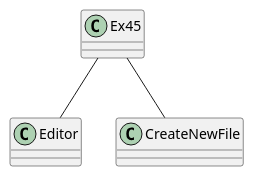
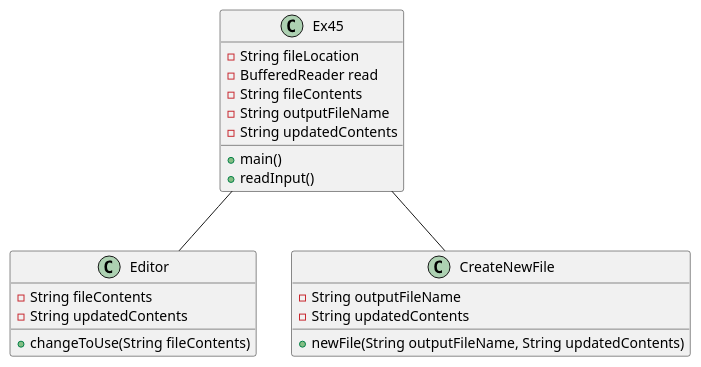
The diagram in src/main/java/oop/example/Ex45/Ex45_UML.puml (Kmullens1/mullens-cop3330-assignment3), drawn with PlantUML before and after one commit. The commit also changed 3 other files, not shown here.

```diff
--- a/src/main/java/oop/example/Ex45/Ex45_UML.puml
+++ b/src/main/java/oop/example/Ex45/Ex45_UML.puml
@@ -1,18 +1,32 @@
 @startuml
 'https://plantuml.com/sequence-diagram
 
 class Ex45 {
+    - String fileLocation
+    - BufferedReader read
+    - String fileContents
+    - String outputFileName
+    - String updatedContents
 
+    + main()
+    + readInput()
 }
 
 class Editor {
+    - String fileContents
+    - String updatedContents
+
+    + changeToUse(String fileContents)
 
 }
 
 class CreateNewFile {
+    - String outputFileName
+    - String updatedContents
 
+    + newFile(String outputFileName, String updatedContents)
 }
 
 Ex45 -- Editor
 Ex45 -- CreateNewFile
 @enduml
```
